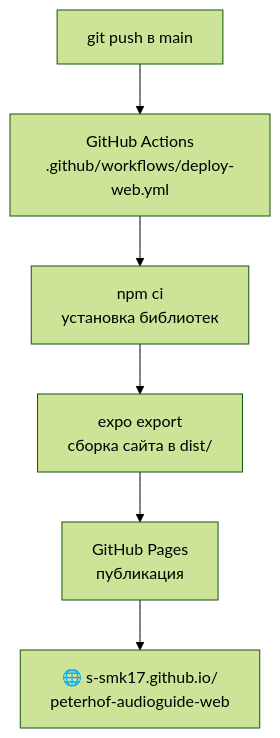
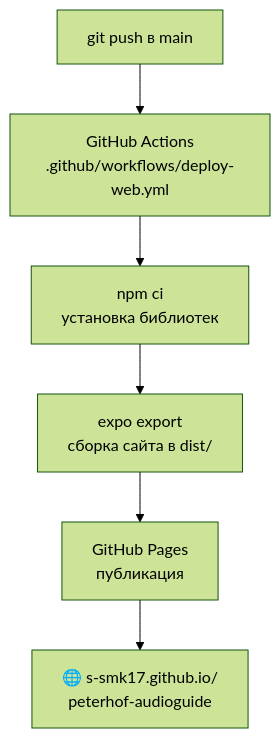
One commit to s-smk17/peterhof-audioguide changed the ninth of 10 diagrams in docs/development-plan.md. Above: the diagram before and after it, drawn with Mermaid (forest theme). The commit also changed other lines of this file and 1 other file, not shown here.

````diff
--- a/docs/development-plan.md
+++ b/docs/development-plan.md
@@ -465,8 +459,8 @@
 ```mermaid
 flowchart TD
     P["git push в main"] --> A["GitHub Actions<br/>.github/workflows/deploy-web.yml"]
     A --> I["npm ci<br/>установка библиотек"]
     I --> E["expo export<br/>сборка сайта в dist/"]
     E --> D["GitHub Pages<br/>публикация"]
-    D --> U["🌐 s-smk17.github.io/<br/>peterhof-audioguide-web"]
+    D --> U["🌐 s-smk17.github.io/<br/>peterhof-audioguide"]
 ```
````
